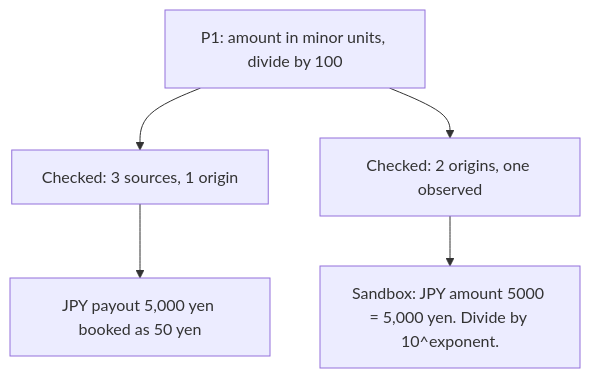
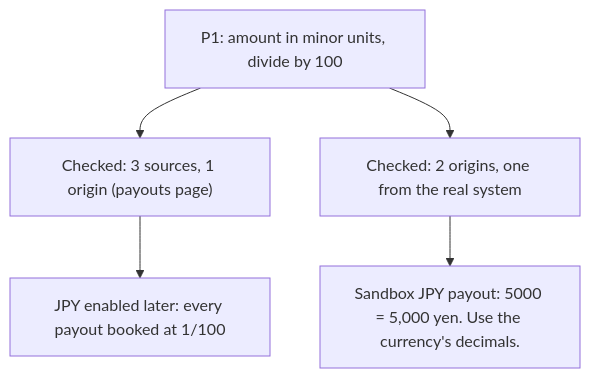
One commit to arunveersingh/ai changed the diagram in courses/make-ai-fail-safely/day-12.md. Above: the diagram before and after it, drawn with Mermaid. The commit also changed other lines of this file and 11 other files, not shown here.

````diff
--- a/courses/make-ai-fail-safely/day-12.md
+++ b/courses/make-ai-fail-safely/day-12.md
@@ -17,7 +17,7 @@
 ```mermaid
 flowchart TB
-  P["P1: amount in minor units, divide by 100"] --> L["Checked: 3 sources, 1 origin"]
-  P --> G["Checked: 2 origins, one observed"]
-  L --> W["JPY payout 5,000 yen booked as 50 yen"]
-  G --> S["Sandbox: JPY amount 5000 = 5,000 yen. Divide by 10^exponent."]
+  P["P1: amount in minor units, divide by 100"] --> L["Checked: 3 sources, 1 origin (payouts page)"]
+  P --> G["Checked: 2 origins, one from the real system"]
+  L --> W["JPY enabled later: every payout booked at 1/100"]
+  G --> S["Sandbox JPY payout: 5000 = 5,000 yen. Use the currency's decimals."]
 ```
````
